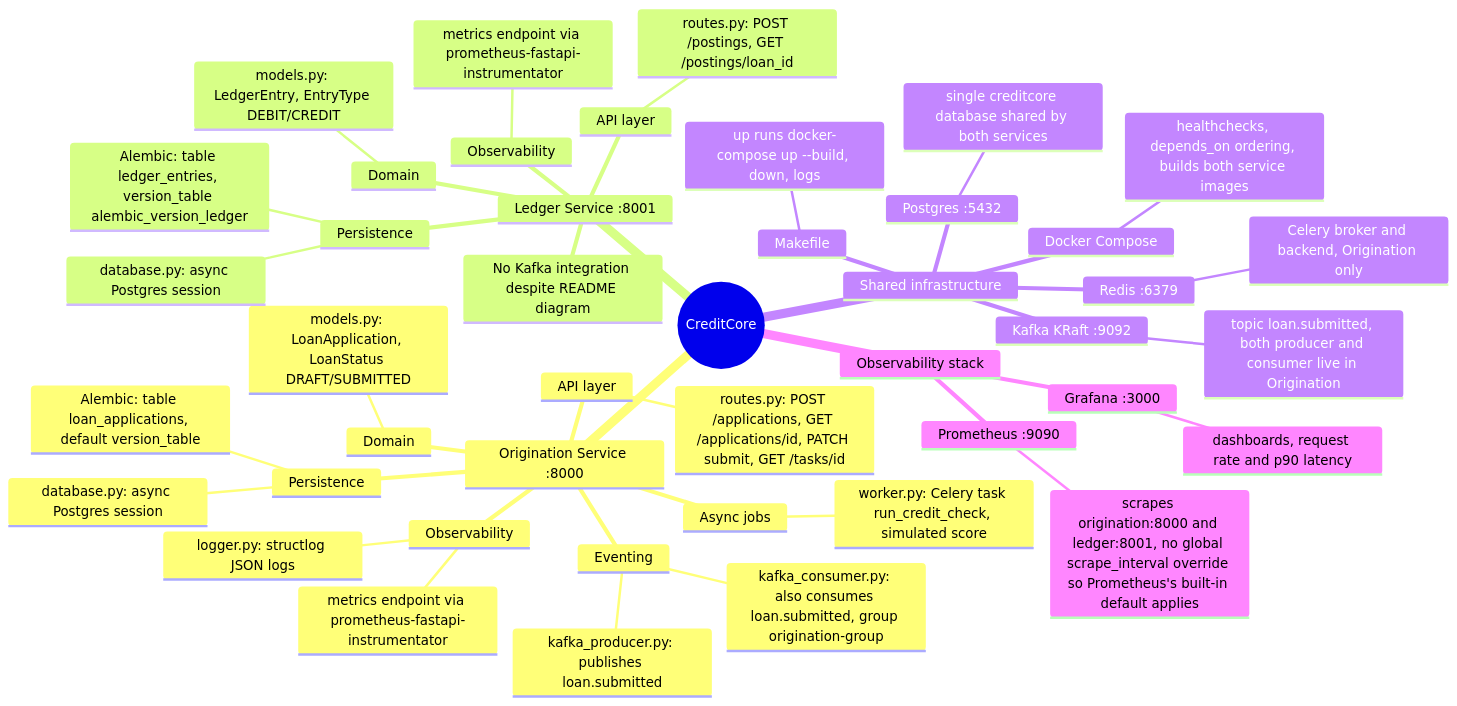
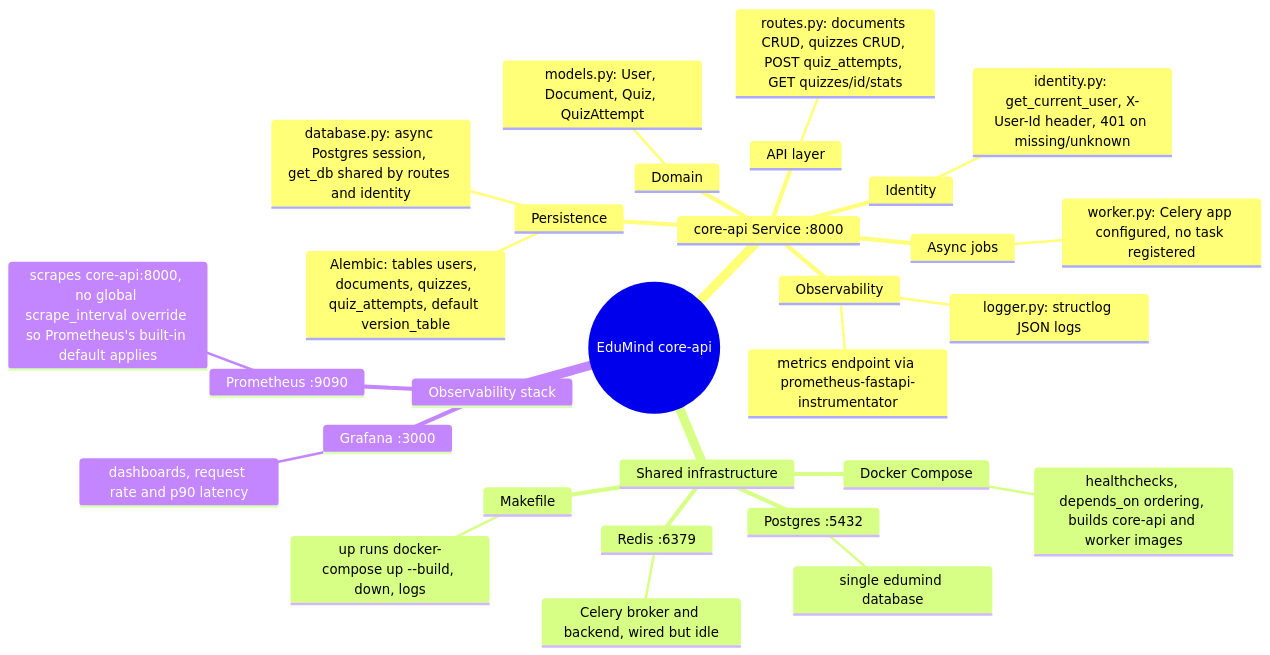
The first of 4 diagrams in docs/architecture.md (codeshivamsi-sketch/ai_study_assistant_edumind), drawn with Mermaid before and after one commit. The commit also changed other lines of this file and 46 other files, not shown here.

Commit message:
added models, routes for user, documents and quiz

````diff
--- a/docs/architecture.md
+++ b/docs/architecture.md
@@ -9,47 +9,33 @@
 ```mermaid
 mindmap
-  root((CreditCore))
-    Origination Service :8000
+  root((EduMind core-api))
+    core-api Service :8000
       API layer
-        routes.py: POST /applications, GET /applications/id, PATCH submit, GET /tasks/id
+        routes.py: documents CRUD, quizzes CRUD, POST quiz_attempts, GET quizzes/id/stats
       Domain
-        models.py: LoanApplication, LoanStatus DRAFT/SUBMITTED
+        models.py: User, Document, Quiz, QuizAttempt
+      Identity
+        identity.py: get_current_user, X-User-Id header, 401 on missing/unknown
       Persistence
-        database.py: async Postgres session
-        Alembic: table loan_applications, default version_table
+        database.py: async Postgres session, get_db shared by routes and identity
+        Alembic: tables users, documents, quizzes, quiz_attempts, default version_table
       Async jobs
-        worker.py: Celery task run_credit_check, simulated score
-      Eventing
-        kafka_producer.py: publishes loan.submitted
-        kafka_consumer.py: also consumes loan.submitted, group origination-group
+        worker.py: Celery app configured, no task registered
       Observability
         logger.py: structlog JSON logs
         metrics endpoint via prometheus-fastapi-instrumentator
-    Ledger Service :8001
-      API layer
-        routes.py: POST /postings, GET /postings/loan_id
-      Domain
-        models.py: LedgerEntry, EntryType DEBIT/CREDIT
-      Persistence
-        database.py: async Postgres session
-        Alembic: table ledger_entries, version_table alembic_version_ledger
-      Observability
-        metrics endpoint via prometheus-fastapi-instrumentator
-      No Kafka integration despite README diagram
     Shared infrastructure
       Postgres :5432
-        single creditcore database shared by both services
+        single edumind database
       Redis :6379
-        Celery broker and backend, Origination only
-      Kafka KRaft :9092
-        topic loan.submitted, both producer and consumer live in Origination
+        Celery broker and backend, wired but idle
       Docker Compose
-        healthchecks, depends_on ordering, builds both service images
+        healthchecks, depends_on ordering, builds core-api and worker images
       Makefile
         up runs docker-compose up --build, down, logs
     Observability stack
       Prometheus :9090
-        scrapes origination:8000 and ledger:8001, no global scrape_interval override so Prometheus's built-in default applies
+        scrapes core-api:8000, no global scrape_interval override so Prometheus's built-in default applies
       Grafana :3000
         dashboards, request rate and p90 latency
 ```
````
